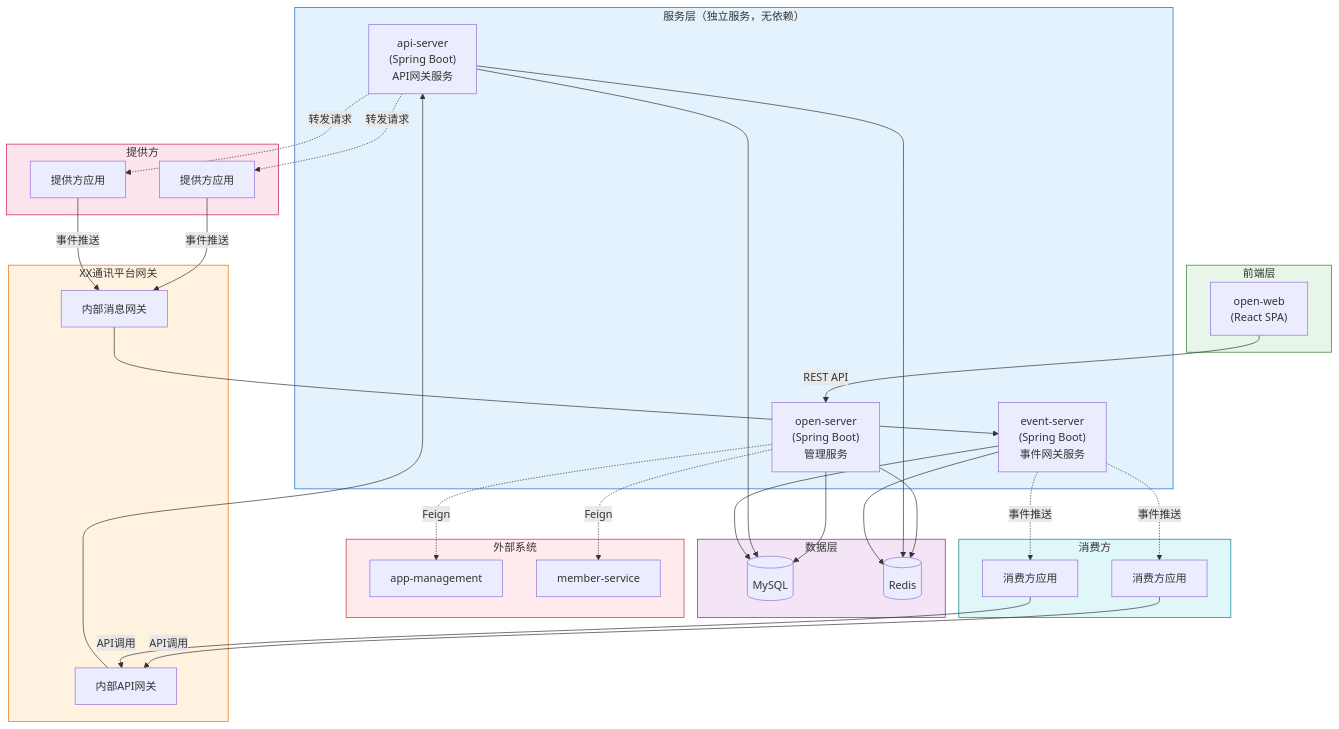
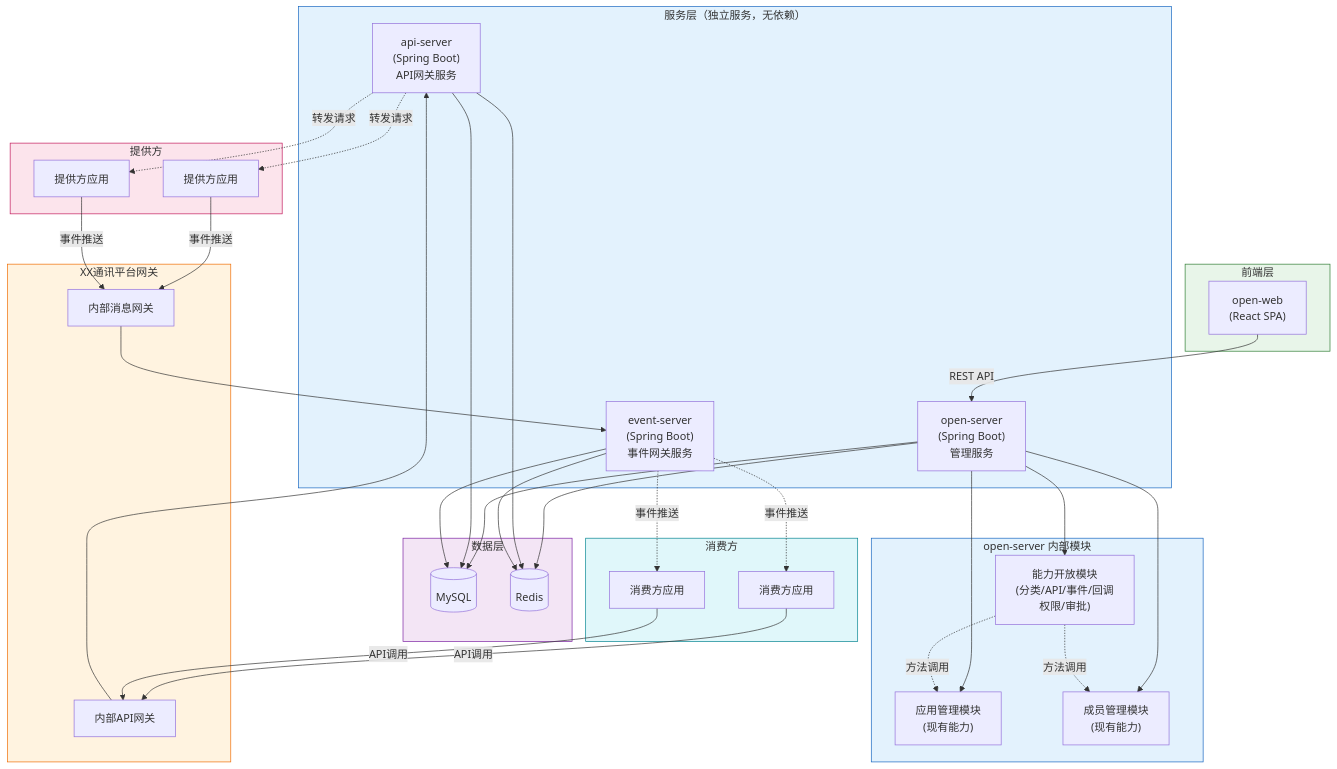
One commit to THZSummer/open-app changed the sixth of 8 diagrams in .sddu/specs-tree-root/specs-tree-capability-open-platform/plan.md. Above: the diagram before and after it, drawn with Mermaid. The commit also changed other lines of this file, not shown here.

````diff
--- a/.sddu/specs-tree-root/specs-tree-capability-open-platform/plan.md
+++ b/.sddu/specs-tree-root/specs-tree-capability-open-platform/plan.md
@@ -405,78 +405,82 @@
 ```mermaid
 graph TB
     subgraph Frontend["前端层"]
         OpenWeb["open-web\n(React SPA)"]
+    end
+    
+    subgraph OpenServerInternal["open-server 内部模块"]
+        CapMgmt["能力开放模块\n(分类/API/事件/回调\n权限/审批)"]
+        AppMgmt["应用管理模块\n(现有能力)"]
+        Member["成员管理模块\n(现有能力)"]
     end
     
     subgraph Services["服务层（独立服务，无依赖）"]
         OpenServer["open-server\n(Spring Boot)\n管理服务"]
         ApiServer["api-server\n(Spring Boot)\nAPI网关服务"]
         EventServer["event-server\n(Spring Boot)\n事件网关服务"]
     end
     
     subgraph DataLayer["数据层"]
         MySQL[(MySQL)]
         Redis[(Redis)]
-    end
-    
-    subgraph External["外部系统"]
-        AppMgmt["app-management"]
-        Member["member-service"]
     end
     
     subgraph PlatformGW["XX通讯平台网关"]
         ApiGW["内部API网关"]
         MsgGW["内部消息网关"]
     end
     
     subgraph Consumers["消费方"]
         Consumer1["消费方应用"]
         Consumer2["消费方应用"]
     end
     
     subgraph Providers["提供方"]
         Provider1["提供方应用"]
         Provider2["提供方应用"]
     end
     
     %% 前端直接连接管理服务
     OpenWeb -->|REST API| OpenServer
     
+    %% open-server 内部模块关系
+    OpenServer --> CapMgmt
+    OpenServer --> AppMgmt
+    OpenServer --> Member
+    CapMgmt -.->|方法调用| AppMgmt
+    CapMgmt -.->|方法调用| Member
+    
     %% 所有服务独立访问数据层
     OpenServer --> MySQL
     OpenServer --> Redis
     ApiServer --> MySQL
     ApiServer --> Redis
     EventServer --> MySQL
     EventServer --> Redis
-    
-    %% 管理服务调用外部系统
-    OpenServer -.->|Feign| AppMgmt
-    OpenServer -.->|Feign| Member
     
     %% 消费方通过平台网关访问网关服务
     Consumer1 -->|API调用| ApiGW
     Consumer2 -->|API调用| ApiGW
     ApiGW --> ApiServer
     
     %% 事件通过平台消息网关
     Provider1 -->|事件推送| MsgGW
     Provider2 -->|事件推送| MsgGW
     MsgGW --> EventServer
     
     %% API网关转发请求到提供方
     ApiServer -.->|转发请求| Provider1
     ApiServer -.->|转发请求| Provider2
     
     %% 事件网关推送到消费方
     EventServer -.->|事件推送| Consumer1
     EventServer -.->|事件推送| Consumer2
     
     style Frontend fill:#e8f5e9,stroke:#2e7d32
+    style OpenServerInternal fill:#e3f2fd,stroke:#1565c0
     style Services fill:#e3f2fd,stroke:#1565c0
     style DataLayer fill:#f3e5f5,stroke:#7b1fa2
-    style External fill:#ffebee,stroke:#c62828
     style PlatformGW fill:#fff3e0,stroke:#ef6c00
     style Consumers fill:#e0f7fa,stroke:#00838f
     style Providers fill:#fce4ec,stroke:#c2185b
 ```
````
